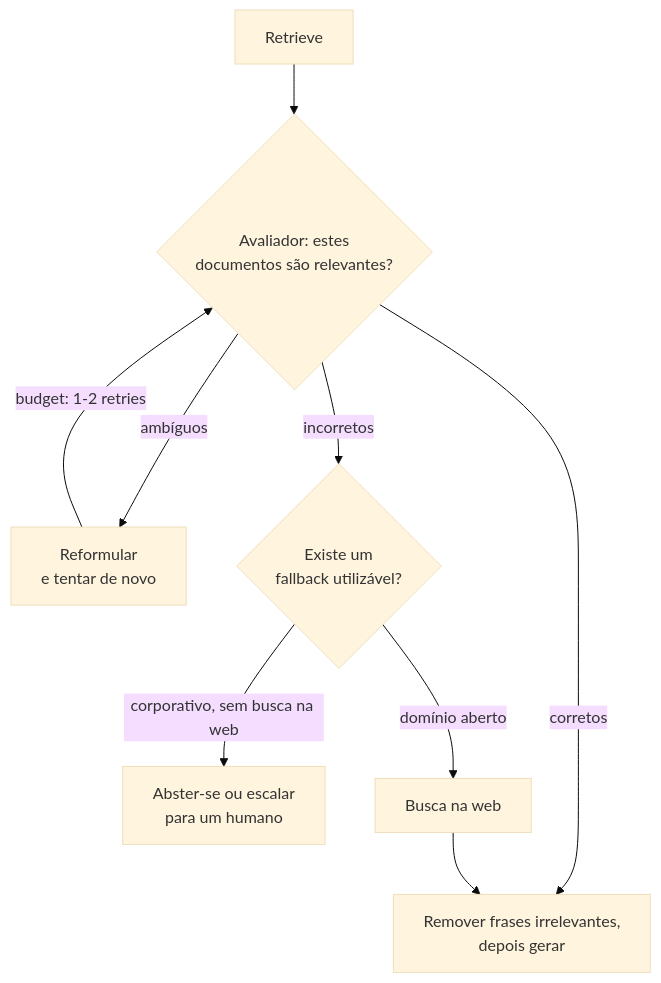
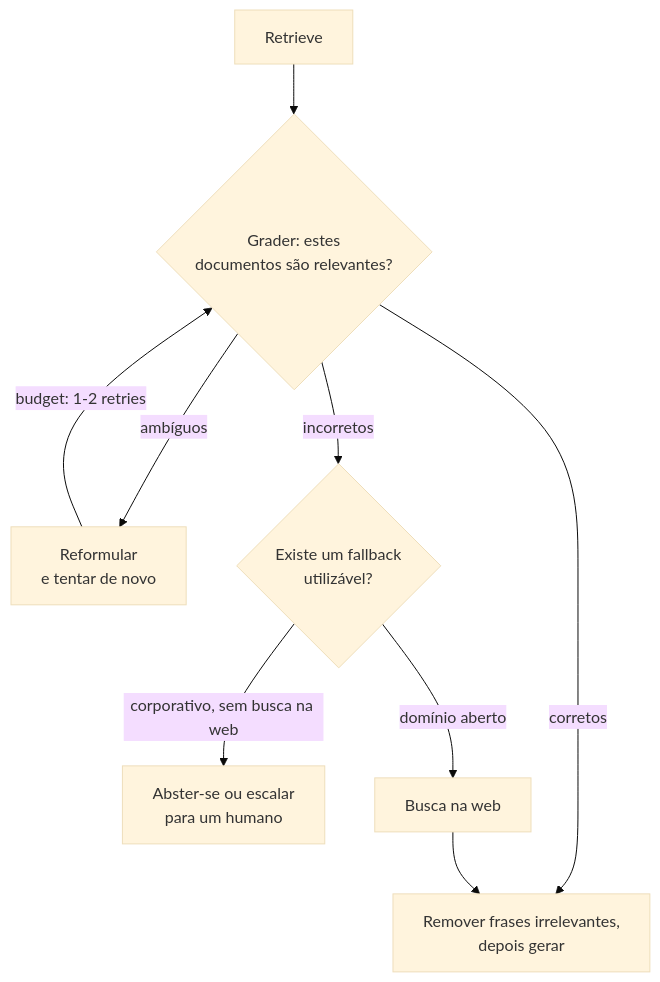
Diagram 18 of 30 in 04-rag-and-retrieval/questions.pt-BR.md (andrevberaldo/AI-Engineer-Interview-Questions), drawn with Mermaid (base theme) before and after one commit. The commit also changed other lines of this file and 1 other file, not shown here.

````diff
--- a/04-rag-and-retrieval/questions.pt-BR.md
+++ b/04-rag-and-retrieval/questions.pt-BR.md
@@ -976,11 +976,11 @@
 ```mermaid
 flowchart TD
-    R["Retrieve"] --> G{"Avaliador: estes<br/>documentos são relevantes?"}
+    R["Retrieve"] --> G{"Grader: estes<br/>documentos são relevantes?"}
     G -->|"corretos"| S["Remover frases irrelevantes,<br/>depois gerar"]
     G -->|"ambíguos"| Q["Reformular<br/>e tentar de novo"]
     Q -->|"budget: 1-2 retries"| G
-    G -->|"incorretos"| F{"Existe um<br/>fallback utilizável?"}
+    G -->|"incorretos"| F{"Existe um fallback<br/>utilizável?"}
     F -->|"corporativo, sem busca na web"| A["Abster-se ou escalar<br/>para um humano"]
     F -->|"domínio aberto"| W["Busca na web"]
     W --> S
 ```
````
